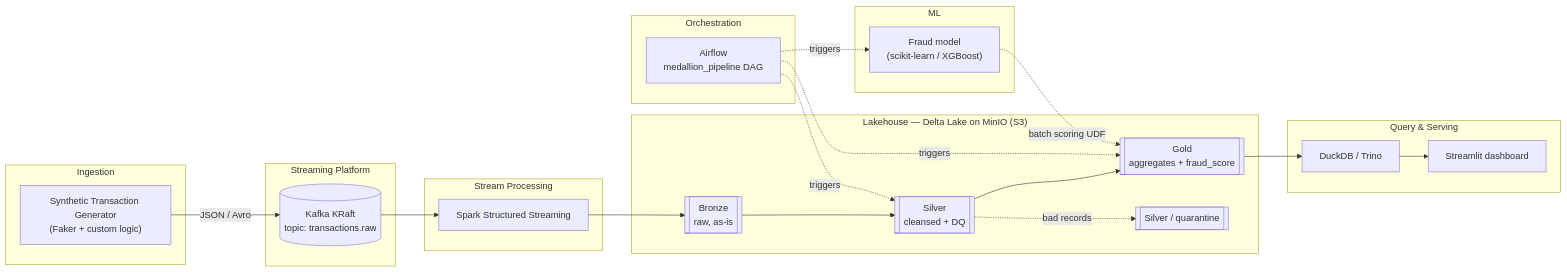
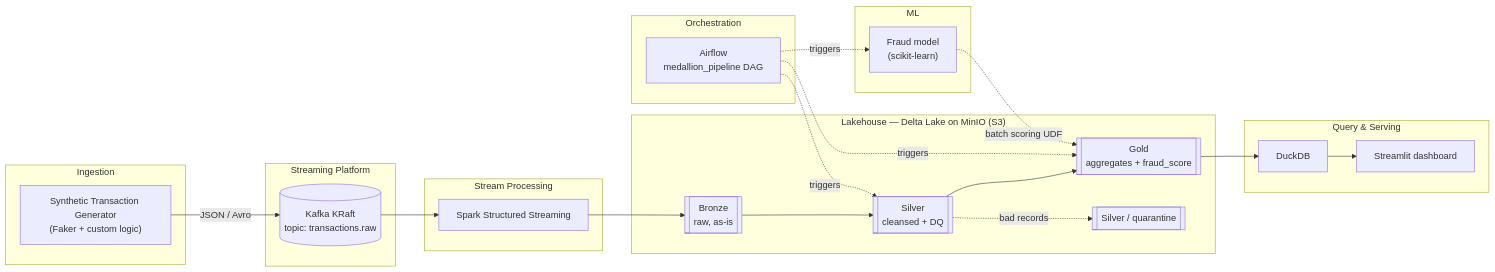
The first of 2 diagrams in README.md (Pawel123j/TransactPulse), drawn with Mermaid before and after one commit. The commit also changed other lines of this file and 17 other files, not shown here.

````diff
--- a/README.md
+++ b/README.md
@@ -55,48 +85,48 @@
 ```mermaid
 flowchart LR
     subgraph ING["Ingestion"]
         GEN["Synthetic Transaction Generator<br/>(Faker + custom logic)"]
     end
 
     subgraph STREAM["Streaming Platform"]
         KAFKA[("Kafka KRaft<br/>topic: transactions.raw")]
     end
 
     subgraph PROC["Stream Processing"]
         SPARK["Spark Structured Streaming"]
     end
 
     subgraph LAKE["Lakehouse — Delta Lake on MinIO (S3)"]
         BRONZE[["Bronze<br/>raw, as-is"]]
         SILVER[["Silver<br/>cleansed + DQ"]]
         GOLD[["Gold<br/>aggregates + fraud_score"]]
         QUAR[["Silver / quarantine"]]
     end
 
     subgraph ML["ML"]
-        MODEL["Fraud model<br/>(scikit-learn / XGBoost)"]
+        MODEL["Fraud model<br/>(scikit-learn)"]
     end
 
     subgraph QUERY["Query & Serving"]
-        DUCK["DuckDB / Trino"]
+        DUCK["DuckDB"]
         DASH["Streamlit dashboard"]
     end
 
     subgraph ORCH["Orchestration"]
         AIRFLOW["Airflow<br/>medallion_pipeline DAG"]
     end
 
     GEN -->|JSON / Avro| KAFKA
     KAFKA --> SPARK
     SPARK --> BRONZE
     BRONZE --> SILVER
     SILVER -.bad records.-> QUAR
     SILVER --> GOLD
     MODEL -.batch scoring UDF.-> GOLD
     GOLD --> DUCK
     DUCK --> DASH
 
     AIRFLOW -. triggers .-> SILVER
     AIRFLOW -. triggers .-> GOLD
     AIRFLOW -. triggers .-> MODEL
 ```
````
